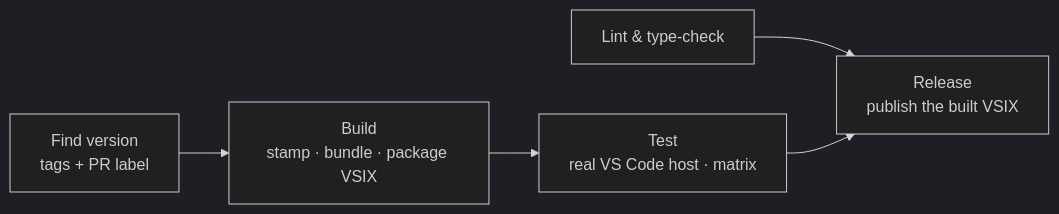
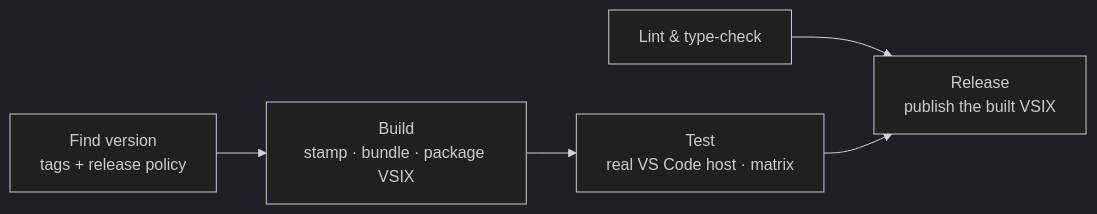
One commit to MSXOrg/docs changed the diagram in src/docs/Capabilities/vscode-extension-framework/design.md. Above: the diagram before and after it, drawn with Mermaid (dark theme). The commit also changed other lines of this file and 1 other file, not shown here.

Commit message:
Align VS Code release defaults

````diff
--- a/src/docs/Capabilities/vscode-extension-framework/design.md
+++ b/src/docs/Capabilities/vscode-extension-framework/design.md
@@ -21,7 +21,7 @@
 ```mermaid
 flowchart LR
-  find["Find version\ntags + PR label"] --> build["Build\nstamp · bundle · package VSIX"]
+  find["Find version\ntags + release policy"] --> build["Build\nstamp · bundle · package VSIX"]
   build --> test["Test\nreal VS Code host · matrix"]
   lint["Lint & type-check"] --> release
   test --> release["Release\npublish the built VSIX"]
 ```
````
